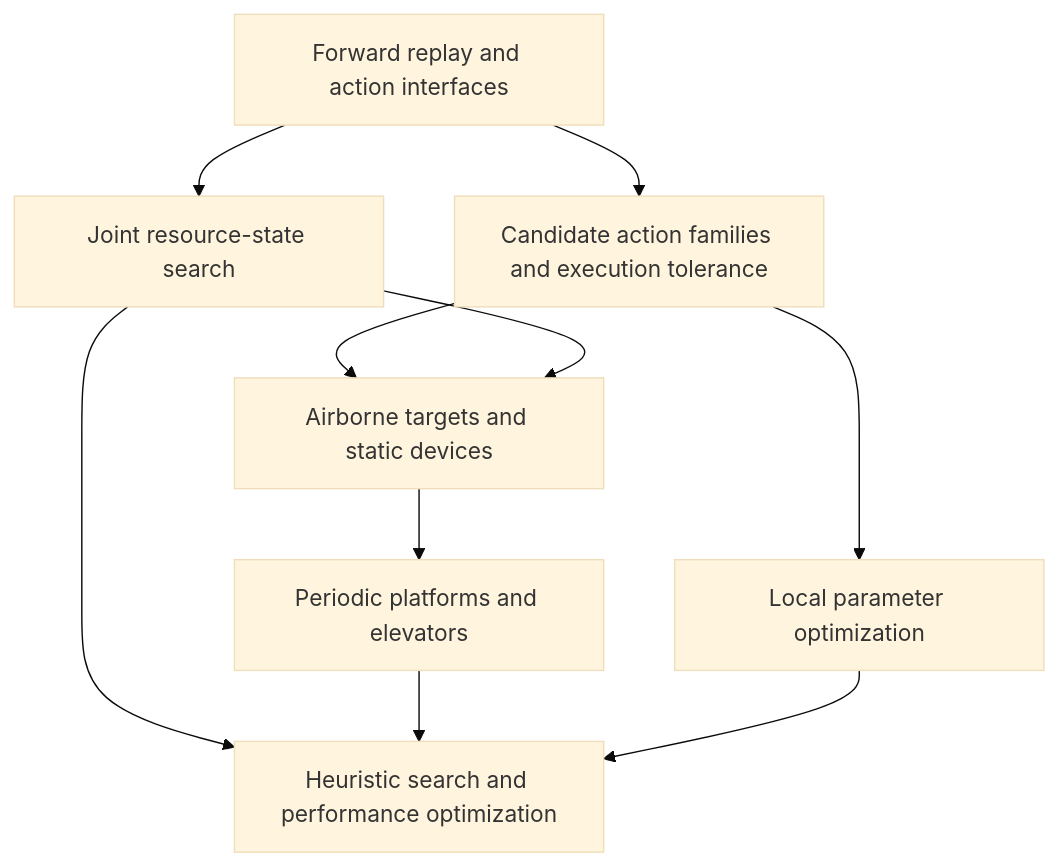
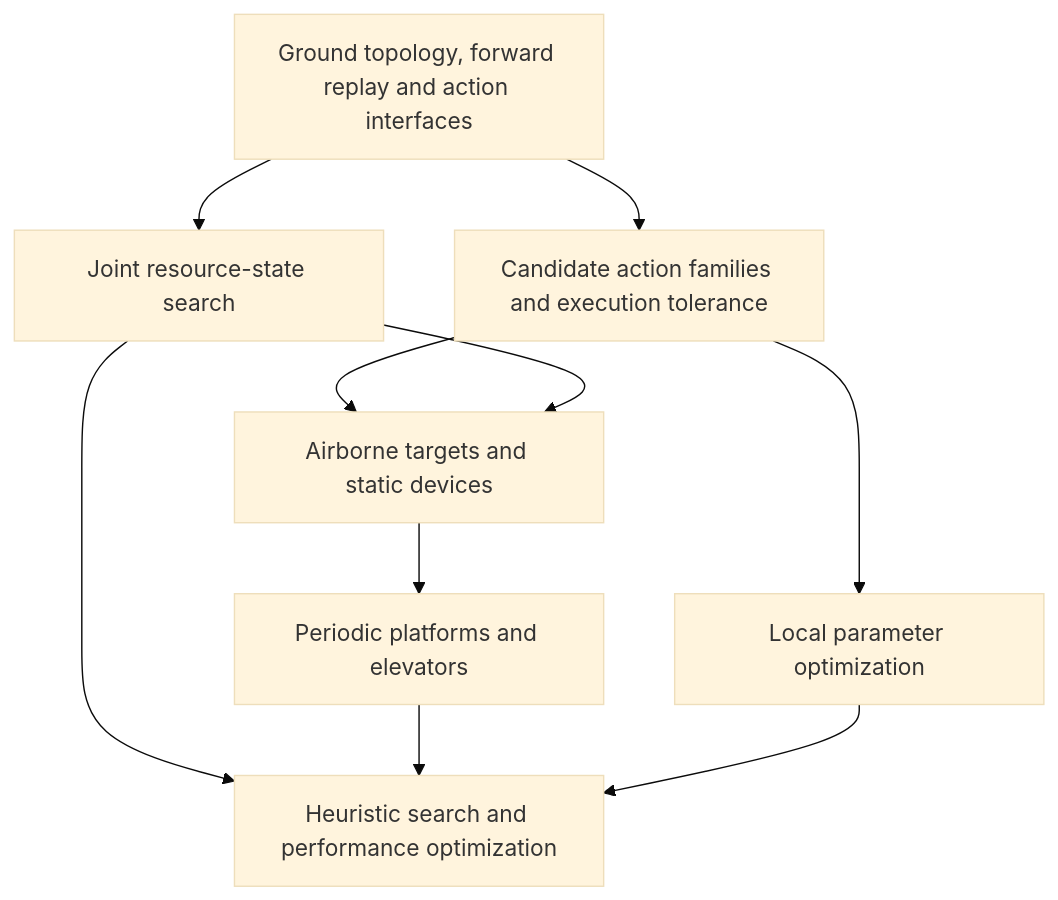
Before and after one commit to Terra-Online/Ganglia: the diagram in docs/roadmap.md, drawn with Mermaid (base theme). The commit also changed other lines of this file and 2 other files, not shown here.

Commit message:
docs: model supported ground passages before action search

````diff
--- a/docs/roadmap.md
+++ b/docs/roadmap.md
@@ -432,12 +437,12 @@
 ```mermaid
 flowchart TD
-    P0[Forward replay and action interfaces] --> P1[Candidate action families and execution tolerance]
+    P0[Ground topology, forward replay and action interfaces] --> P1[Candidate action families and execution tolerance]
     P0 --> P2[Joint resource-state search]
     P1 --> P3[Airborne targets and static devices]
     P2 --> P3
     P3 --> P4[Periodic platforms and elevators]
     P1 --> P5[Local parameter optimization]
     P2 --> P6[Heuristic search and performance optimization]
     P4 --> P6
     P5 --> P6
 ```
````
